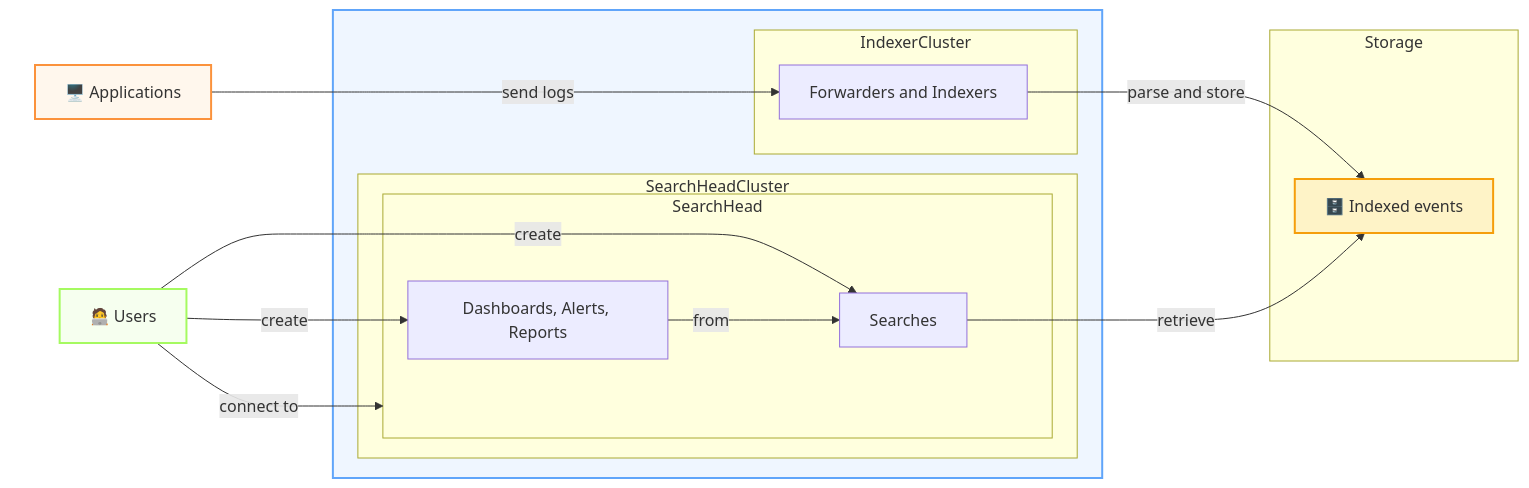
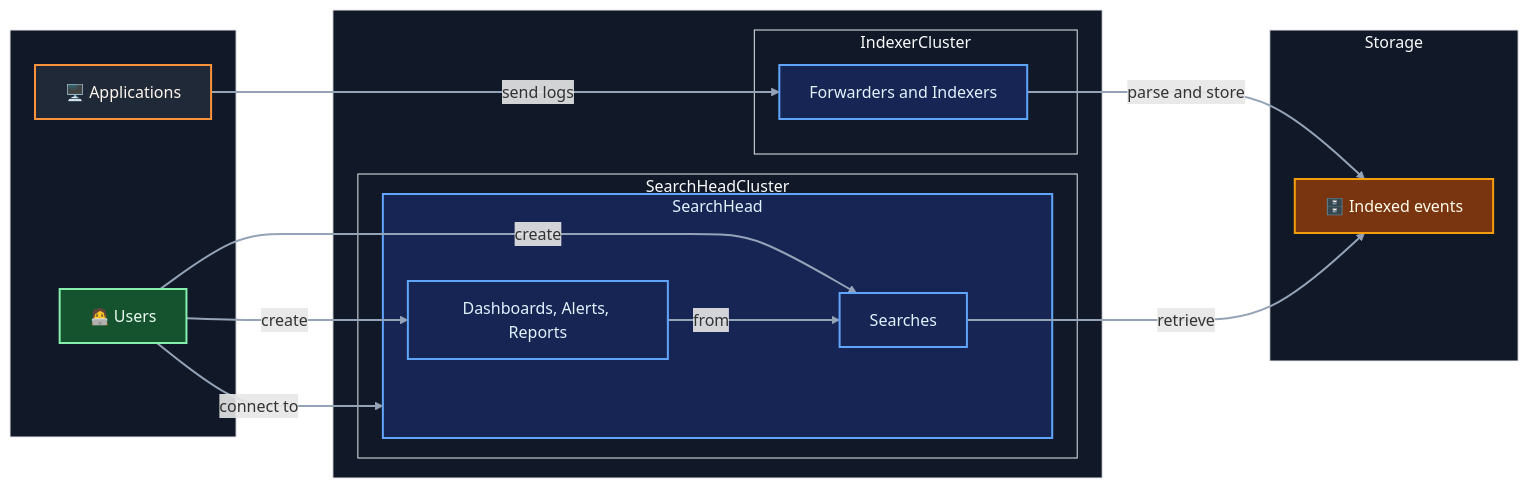
Before and after one commit to mcaci/rdev26-splunk-log-reduction: the diagram in pages/intro-splunk.md, drawn with Mermaid. The commit also changed other lines of this file and 6 other files, not shown here.

````diff
--- a/pages/intro-splunk.md
+++ b/pages/intro-splunk.md
@@ -13,43 +85,51 @@
 ```mermaid
 flowchart LR
   A -->|send logs| I
   I -->|parse and store| ST
   U -->|connect to| SearchHead
   U -->|create| SE
   U -->|create| DAR
   DAR -->|from| SE
   SE -->|retrieve| ST
 
   subgraph SplunkUsers[" "]
     A["🖥️ Applications"]
     U["🧑‍💻 Users"]
   end
 
   subgraph Splunk[" "]
     IndexerCluster
     SearchHeadCluster
   end
 
   subgraph IndexerCluster
     I[Forwarders and Indexers]
   end
 
   subgraph SearchHeadCluster
     SearchHead
   end
 
   subgraph SearchHead
     SE[Searches]
     DAR[Dashboards, Alerts, Reports]
   end
 
   subgraph Storage["Storage"]
     ST["🗄️ Indexed events"]
   end
 
-  style A fill:#fff7ed,stroke:#fb923c,stroke-width:2px
-  style Splunk fill:#eff6ff,stroke:#60a5fa,stroke-width:2px
-  style SplunkUsers fill:#ffffff,stroke:#ffffff,stroke-width:2px
-  style U fill:#f6ffef,stroke:#a5fa60,stroke-width:2px
-  style ST fill:#fef3c7,stroke:#f59e0b,stroke-width:2px
+  classDef app fill:#1f2937,stroke:#fb923c,stroke-width:2px,color:#fff7ed
+  classDef user fill:#14532d,stroke:#86efac,stroke-width:2px,color:#ecfdf5
+  classDef core fill:#172554,stroke:#60a5fa,stroke-width:2px,color:#e0f2fe
+  classDef storage fill:#78350f,stroke:#f59e0b,stroke-width:2px,color:#fffbeb
+  classDef group fill:#111827,stroke:#e5e7eb,stroke-width:1px,color:#f9fafb
+
+  class A app
+  class U user
+  class I,SearchHead,SE,DAR core
+  class ST storage
+  class Splunk,SplunkUsers,IndexerCluster,SearchHeadCluster,Storage group
+
+  linkStyle default stroke:#94a3b8,stroke-width:2px
 ```
````
